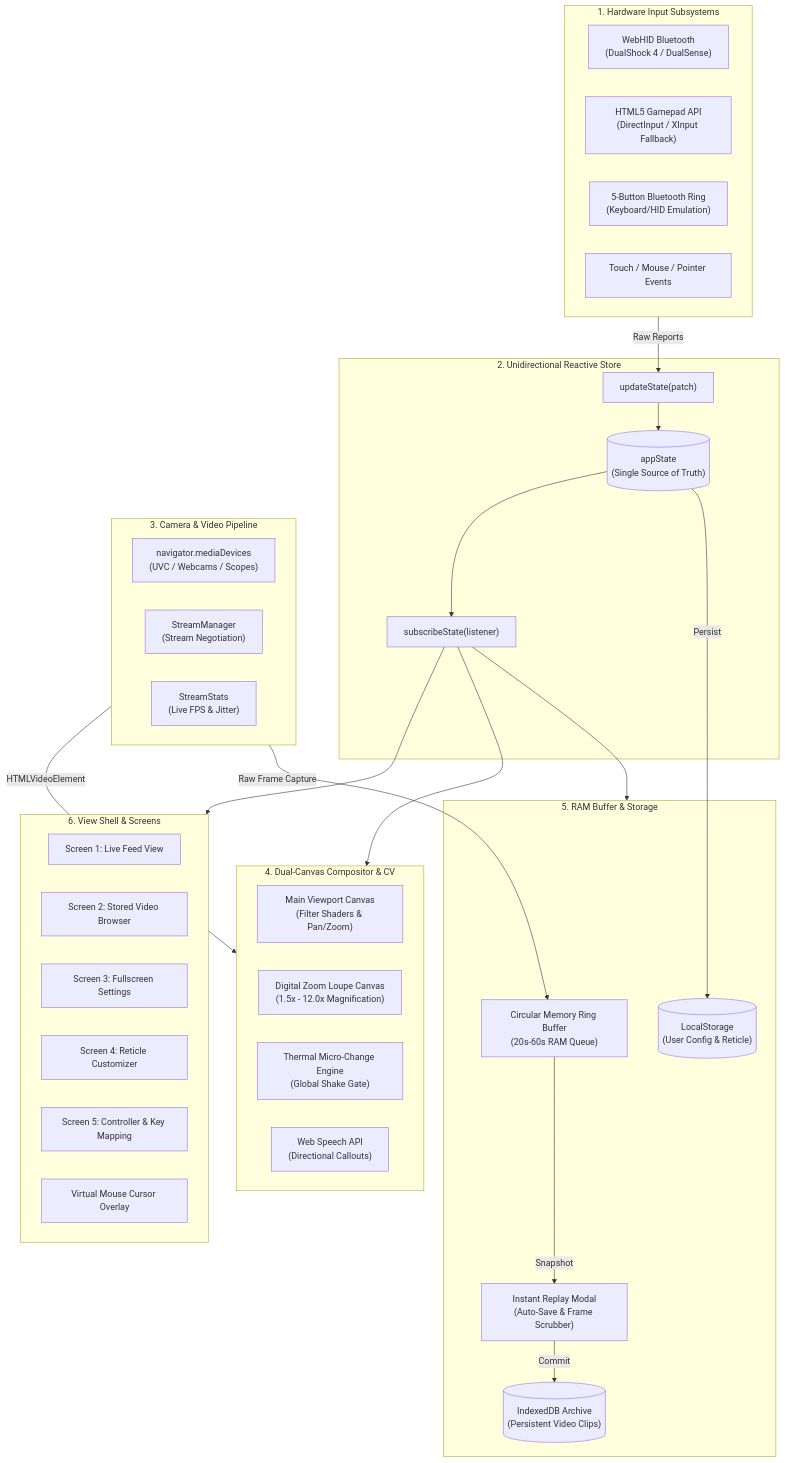
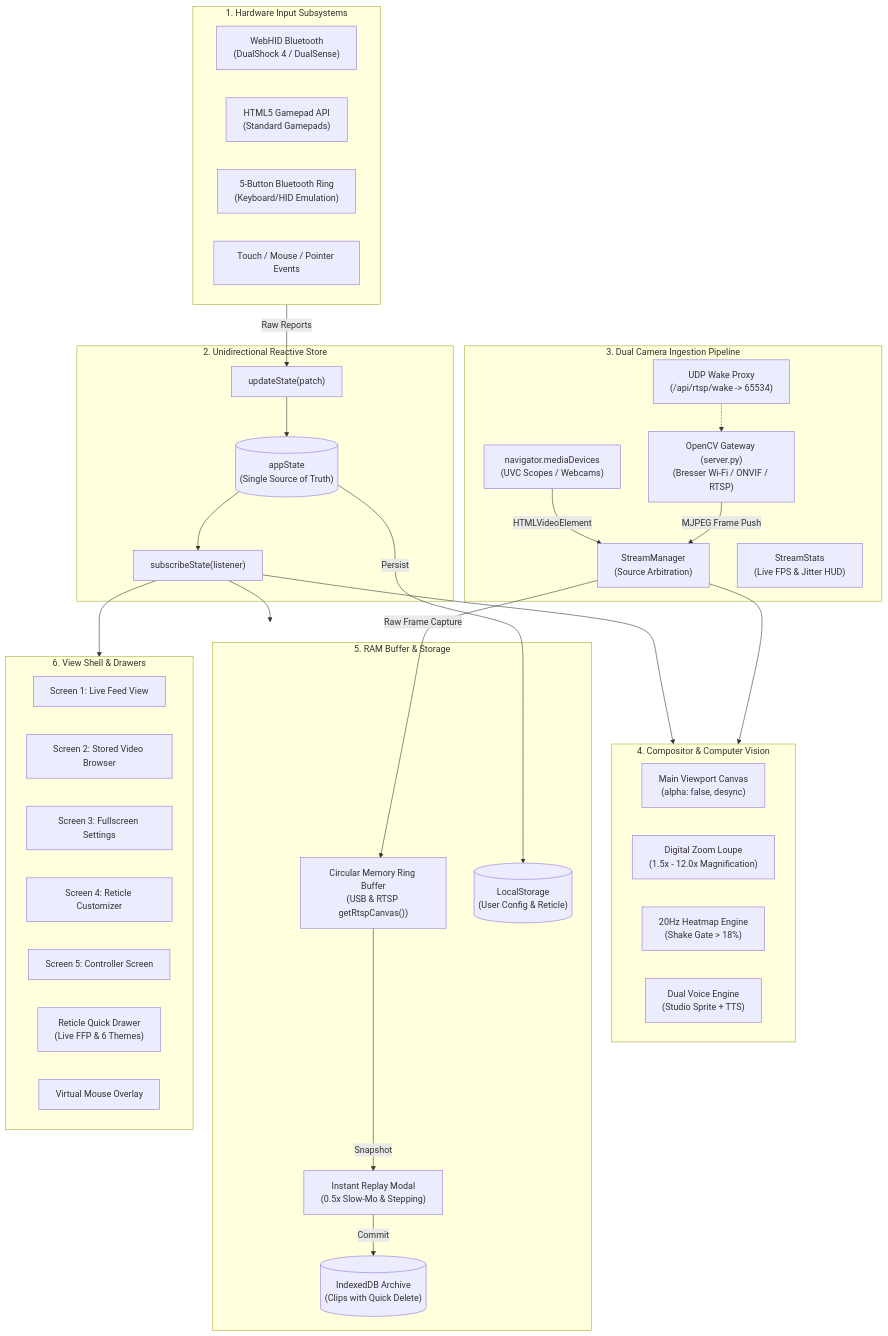
Before and after one commit to animaniac3k/EagleVision: the first of 2 diagrams in docs/ARCHITECTURE.md, drawn with Mermaid. The commit also changed other lines of this file and 18 other files, not shown here.

````diff
--- a/docs/ARCHITECTURE.md
+++ b/docs/ARCHITECTURE.md
@@ -34,56 +37,62 @@
 ```mermaid
 flowchart TD
     subgraph Inputs["1. Hardware Input Subsystems"]
         BT["WebHID Bluetooth<br/>(DualShock 4 / DualSense)"]
-        GP["HTML5 Gamepad API<br/>(DirectInput / XInput Fallback)"]
+        GP["HTML5 Gamepad API<br/>(Standard Gamepads)"]
         RING["5-Button Bluetooth Ring<br/>(Keyboard/HID Emulation)"]
         MOUSE["Touch / Mouse / Pointer Events"]
     end
 
     subgraph Store["2. Unidirectional Reactive Store"]
         STATE[("appState<br/>(Single Source of Truth)")]
         UPDATE["updateState(patch)"]
         SUB["subscribeState(listener)"]
     end
 
-    subgraph CameraEngine["3. Camera & Video Pipeline"]
-        MEDIA["navigator.mediaDevices<br/>(UVC / Webcams / Scopes)"]
-        STREAM["StreamManager<br/>(Stream Negotiation)"]
-        STATS["StreamStats<br/>(Live FPS & Jitter)"]
+    subgraph CameraEngine["3. Dual Camera Ingestion Pipeline"]
+        MEDIA["navigator.mediaDevices<br/>(UVC Scopes / Webcams)"]
+        RTSP_GW["OpenCV Gateway (server.py)<br/>(Bresser Wi-Fi / ONVIF / RTSP)"]
+        WAKE["UDP Wake Proxy<br/>(/api/rtsp/wake -> 65534)"]
+        STREAM["StreamManager<br/>(Source Arbitration)"]
+        STATS["StreamStats<br/>(Live FPS & Jitter HUD)"]
     end
 
-    subgraph CompositorEngine["4. Dual-Canvas Compositor & CV"]
-        MAIN_C["Main Viewport Canvas<br/>(Filter Shaders & Pan/Zoom)"]
-        PIP_C["Digital Zoom Loupe Canvas<br/>(1.5x - 12.0x Magnification)"]
-        HEAT["Thermal Micro-Change Engine<br/>(Global Shake Gate)"]
-        TTS["Web Speech API<br/>(Directional Callouts)"]
+    subgraph CompositorEngine["4. Compositor & Computer Vision"]
+        MAIN_C["Main Viewport Canvas<br/>(alpha: false, desync)"]
+        PIP_C["Digital Zoom Loupe<br/>(1.5x - 12.0x Magnification)"]
+        HEAT["20Hz Heatmap Engine<br/>(Shake Gate > 18%)"]
+        AUDIO["Dual Voice Engine<br/>(Studio Sprite + TTS)"]
     end
 
     subgraph MemoryEngine["5. RAM Buffer & Storage"]
-        RAM["Circular Memory Ring Buffer<br/>(20s-60s RAM Queue)"]
-        REPLAY["Instant Replay Modal<br/>(Auto-Save & Frame Scrubber)"]
-        IDB[("IndexedDB Archive<br/>(Persistent Video Clips)")]
+        RAM["Circular Memory Ring Buffer<br/>(USB & RTSP getRtspCanvas())"]
+        REPLAY["Instant Replay Modal<br/>(0.5x Slow-Mo & Stepping)"]
+        IDB[("IndexedDB Archive<br/>(Clips with Quick Delete)")]
         LOCAL[("LocalStorage<br/>(User Config & Reticle)")]
     end
 
-    subgraph UISubsystem["6. View Shell & Screens"]
+    subgraph UISubsystem["6. View Shell & Drawers"]
         S_LIVE["Screen 1: Live Feed View"]
         S_GALLERY["Screen 2: Stored Video Browser"]
         S_SETTINGS["Screen 3: Fullscreen Settings"]
         S_RETICLE["Screen 4: Reticle Customizer"]
-        S_CONTROLLER["Screen 5: Controller & Key Mapping"]
-        V_MOUSE["Virtual Mouse Cursor Overlay"]
+        S_CONTROLLER["Screen 5: Controller Screen"]
+        D_RETICLE["Reticle Quick Drawer<br/>(Live FFP & 6 Themes)"]
+        V_MOUSE["Virtual Mouse Overlay"]
     end
 
     Inputs -->|Raw Reports| UPDATE
-    CameraEngine -->|HTMLVideoElement| CompositorEngine
-    CameraEngine -->|Raw Frame Capture| RAM
+    WAKE -.-> RTSP_GW
+    RTSP_GW -->|MJPEG Frame Push| STREAM
+    MEDIA -->|HTMLVideoElement| STREAM
+    STREAM --> CompositorEngine
+    STREAM -->|Raw Frame Capture| RAM
     UPDATE --> STATE
     STATE --> SUB
     SUB --> UISubsystem
     SUB --> CompositorEngine
     SUB --> MemoryEngine
     RAM -->|Snapshot| REPLAY
     REPLAY -->|Commit| IDB
     STATE -->|Persist| LOCAL
 ```
````
